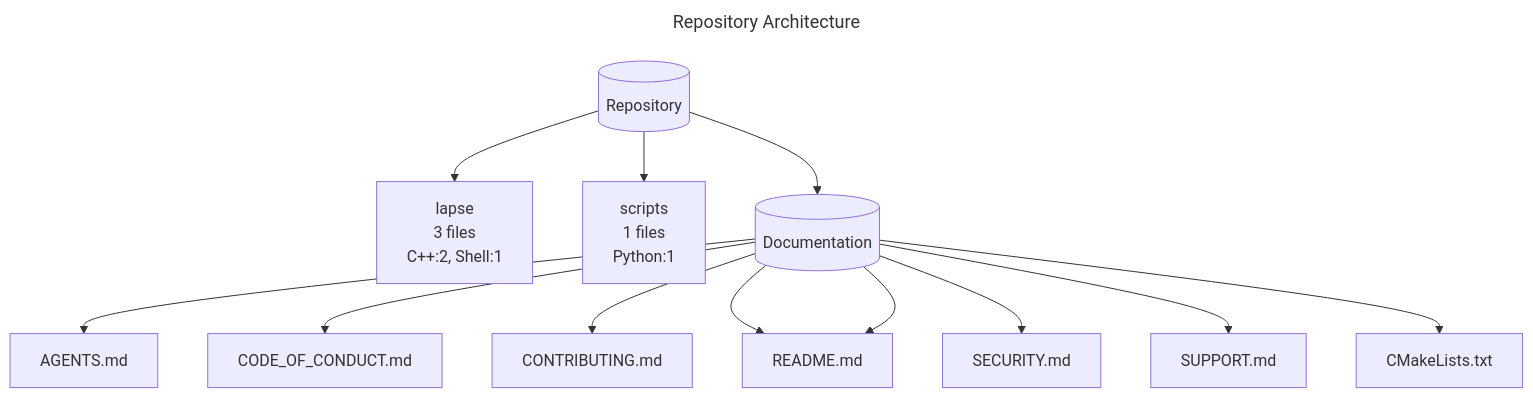
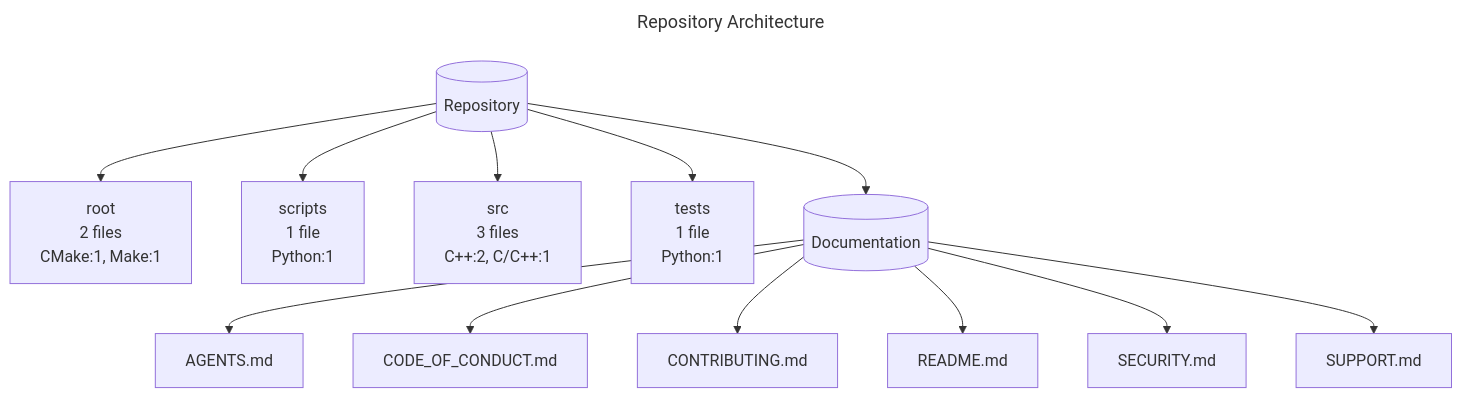
One commit to bell-kevin/lapse changed the diagram in docs/architecture.mmd. Above: the diagram before and after it, drawn with Mermaid. The commit also changed 23 other files, not shown here.

```diff
--- a/docs/architecture.mmd
+++ b/docs/architecture.mmd
@@ -1,29 +1,29 @@
 ---
 title: Repository Architecture
 ---
 graph TD
     repo[(Repository)]
-    n_lapse["lapse\n3 files\nC++:2, Shell:1"]
-    repo --> n_lapse
-    n_scripts["scripts\n1 files\nPython:1"]
-    repo --> n_scripts
+    n_root_4813494d13["root\n2 files\nCMake:1, Make:1"]
+    repo --> n_root_4813494d13
+    n_scripts_8c5967fd84["scripts\n1 file\nPython:1"]
+    repo --> n_scripts_8c5967fd84
+    n_src_25a6634263["src\n3 files\nC++:2, C/C++:1"]
+    repo --> n_src_25a6634263
+    n_tests_59830ebc3a["tests\n1 file\nPython:1"]
+    repo --> n_tests_59830ebc3a
     docs[(Documentation)]
     repo --> docs
-    n_doc_AGENTS_md["AGENTS.md"]
-    docs --> n_doc_AGENTS_md
-    n_doc_CODE_OF_CONDUCT_md["CODE_OF_CONDUCT.md"]
-    docs --> n_doc_CODE_OF_CONDUCT_md
-    n_doc_CONTRIBUTING_md["CONTRIBUTING.md"]
-    docs --> n_doc_CONTRIBUTING_md
-    n_doc_README_md["README.md"]
-    docs --> n_doc_README_md
-    n_doc_SECURITY_md["SECURITY.md"]
-    docs --> n_doc_SECURITY_md
-    n_doc_SUPPORT_md["SUPPORT.md"]
-    docs --> n_doc_SUPPORT_md
-    n_doc_CMakeLists_txt["CMakeLists.txt"]
-    docs --> n_doc_CMakeLists_txt
-    n_doc_README_md["README.md"]
-    docs --> n_doc_README_md
+    n_doc_AGENTS_md_3068a5bc40["AGENTS.md"]
+    docs --> n_doc_AGENTS_md_3068a5bc40
+    n_doc_CODE_OF_CONDUCT_md_7a3f1cf4b7["CODE_OF_CONDUCT.md"]
+    docs --> n_doc_CODE_OF_CONDUCT_md_7a3f1cf4b7
+    n_doc_CONTRIBUTING_md_0959a01352["CONTRIBUTING.md"]
+    docs --> n_doc_CONTRIBUTING_md_0959a01352
+    n_doc_README_md_d2691f75c8["README.md"]
+    docs --> n_doc_README_md_d2691f75c8
+    n_doc_SECURITY_md_b9223e5135["SECURITY.md"]
+    docs --> n_doc_SECURITY_md_b9223e5135
+    n_doc_SUPPORT_md_6aeefbb486["SUPPORT.md"]
+    docs --> n_doc_SUPPORT_md_6aeefbb486
 
 %% Generated by scripts/generate_architecture_diagram.py
```
